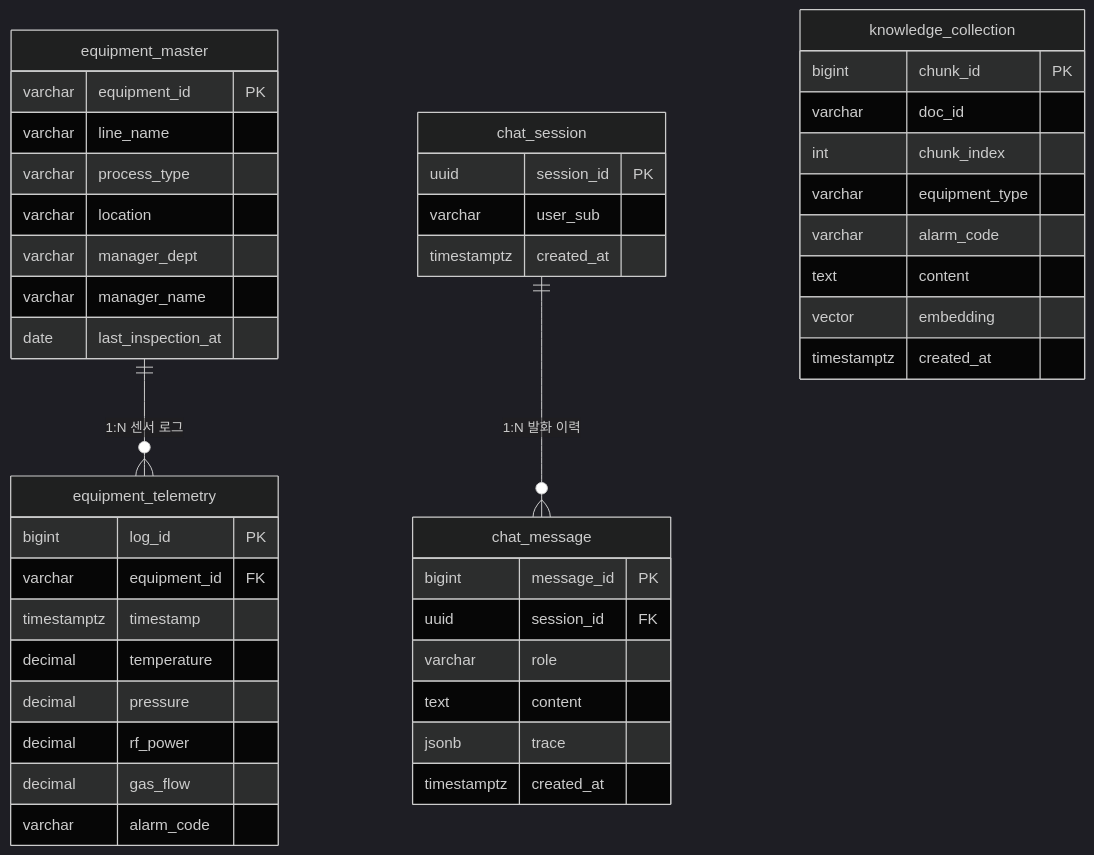
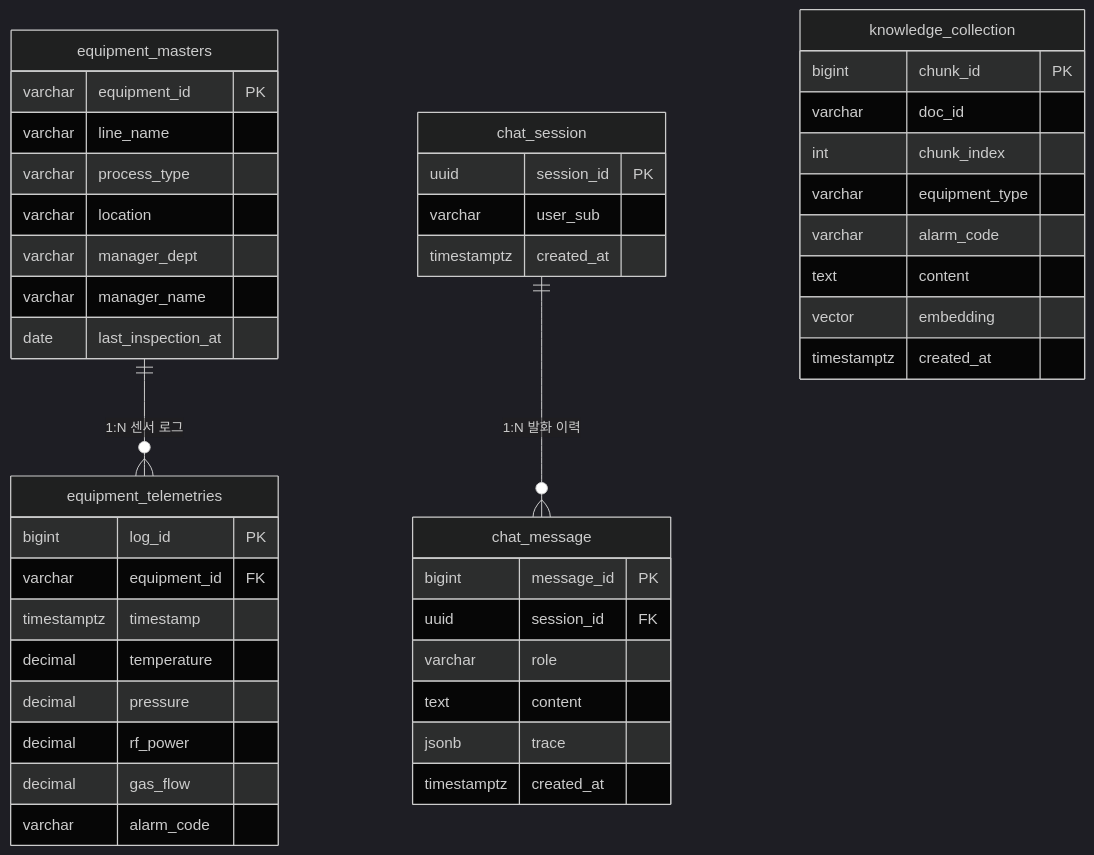
The diagram in docs/database.md (PitCrew-Agent/Agentory-fastAPI), drawn with Mermaid (dark theme) before and after one commit. The commit also changed other lines of this file and 3 other files, not shown here.

````diff
--- a/docs/database.md
+++ b/docs/database.md
@@ -26,48 +26,48 @@
 ```mermaid
 erDiagram
-    equipment_master ||--o{ equipment_telemetry : "1:N 센서 로그"
+    equipment_masters ||--o{ equipment_telemetries : "1:N 센서 로그"
     chat_session ||--o{ chat_message : "1:N 발화 이력"
 
-    equipment_master {
+    equipment_masters {
         varchar equipment_id PK
         varchar line_name
         varchar process_type
         varchar location
         varchar manager_dept
         varchar manager_name
         date last_inspection_at
     }
-    equipment_telemetry {
+    equipment_telemetries {
         bigint log_id PK
         varchar equipment_id FK
         timestamptz timestamp
         decimal temperature
         decimal pressure
         decimal rf_power
         decimal gas_flow
         varchar alarm_code
     }
     knowledge_collection {
         bigint chunk_id PK
         varchar doc_id
         int chunk_index
         varchar equipment_type
         varchar alarm_code
         text content
         vector embedding
         timestamptz created_at
     }
     chat_session {
         uuid session_id PK
         varchar user_sub
         timestamptz created_at
     }
     chat_message {
         bigint message_id PK
         uuid session_id FK
         varchar role
         text content
         jsonb trace
         timestamptz created_at
     }
 ```
````
